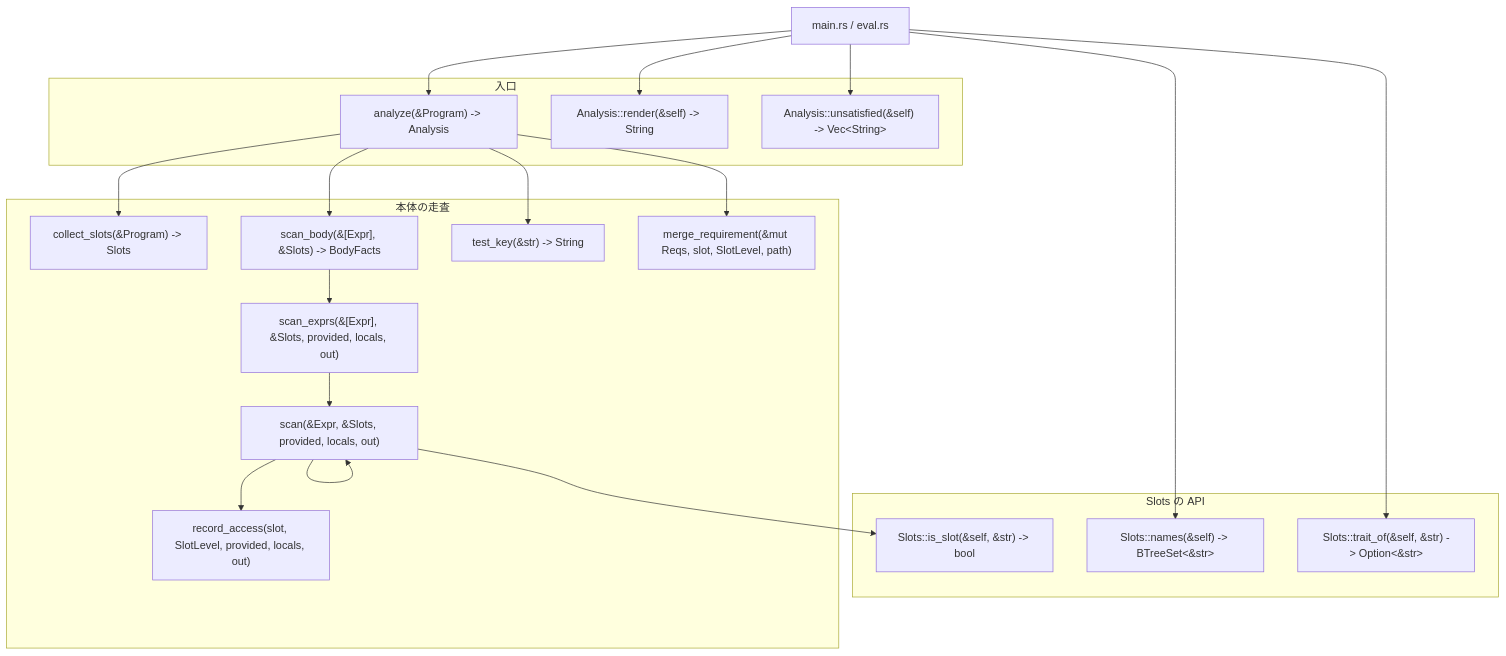
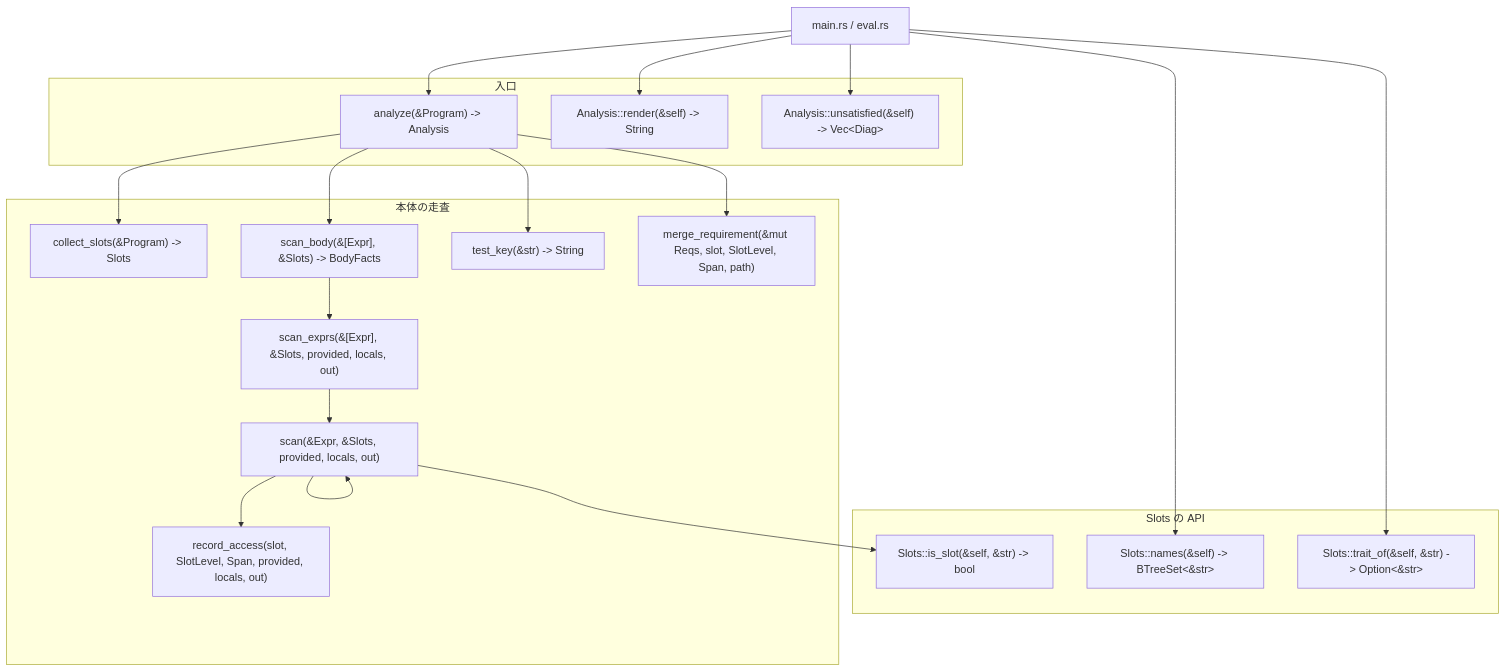
Before and after one commit to mikan-919/rhodolite: the first of 2 diagrams in docs/requirement-map.md, drawn with Mermaid. The commit also changed other lines of this file and 3 other files, not shown here.

````diff
--- a/docs/requirement-map.md
+++ b/docs/requirement-map.md
@@ -7,43 +7,43 @@
 ```mermaid
 flowchart TD
     main["main.rs / eval.rs"]
 
     subgraph entry["入口"]
         analyze["analyze(&Program) -> Analysis"]
         render["Analysis::render(&self) -> String"]
-        unsat["Analysis::unsatisfied(&self) -> Vec&lt;String&gt;"]
+        unsat["Analysis::unsatisfied(&self) -> Vec&lt;Diag&gt;"]
     end
 
     subgraph body["本体の走査"]
         collect["collect_slots(&Program) -> Slots"]
         scan_body["scan_body(&[Expr], &Slots) -> BodyFacts"]
         scan_exprs["scan_exprs(&[Expr], &Slots, provided, locals, out)"]
         scan["scan(&Expr, &Slots, provided, locals, out)"]
-        access["record_access(slot, SlotLevel, provided, locals, out)"]
-        merge["merge_requirement(&mut Reqs, slot, SlotLevel, path)"]
+        access["record_access(slot, SlotLevel, Span, provided, locals, out)"]
+        merge["merge_requirement(&mut Reqs, slot, SlotLevel, Span, path)"]
         test_key["test_key(&str) -> String"]
     end
 
     subgraph slots_api["Slots の API"]
         is_slot["Slots::is_slot(&self, &str) -> bool"]
         trait_of["Slots::trait_of(&self, &str) -> Option&lt;&str&gt;"]
         names["Slots::names(&self) -> BTreeSet&lt;&str&gt;"]
     end
 
     main --> analyze
     main --> render
     main --> unsat
     main --> names
     main --> trait_of
 
     analyze --> collect
     analyze --> scan_body
     analyze --> test_key
 
     scan_body --> scan_exprs
     scan_exprs --> scan
     scan --> scan
     scan --> access
     scan --> is_slot
     analyze --> merge
 ```
````
